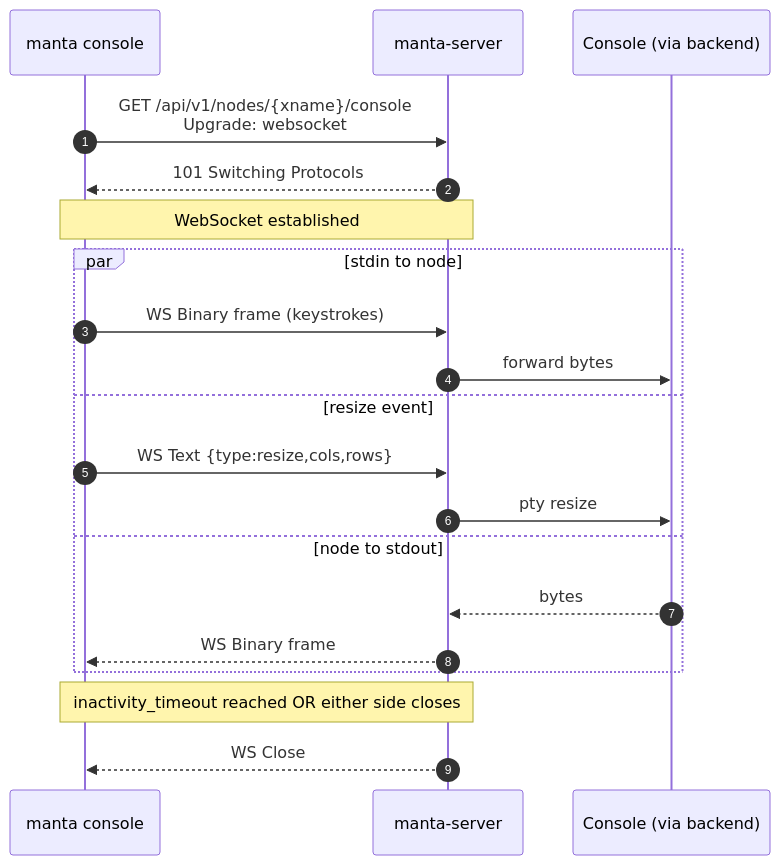
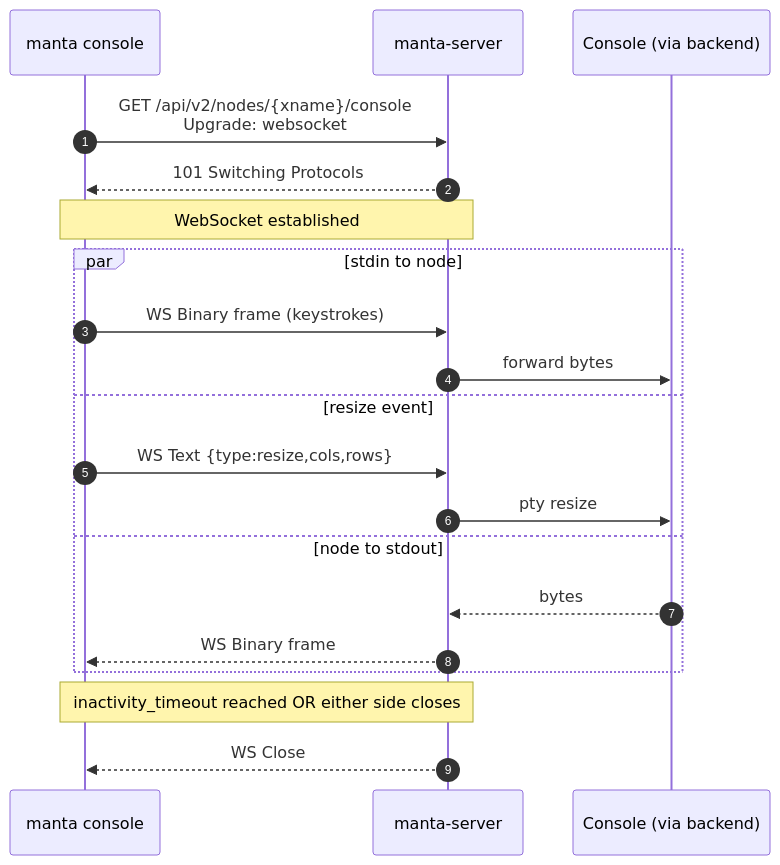
One commit to eth-cscs/manta changed the third of 4 diagrams in GUIDE.md. Above: the diagram before and after it, drawn with Mermaid. The commit also changed other lines of this file and 101 other files, not shown here.

````diff
--- a/GUIDE.md
+++ b/GUIDE.md
@@ -495,25 +495,25 @@
 ```mermaid
 sequenceDiagram
     autonumber
     participant CLI as manta console
     participant MS as manta-server
     participant Node as Console (via backend)
 
-    CLI->>MS: GET /api/v1/nodes/{xname}/console<br/>Upgrade: websocket
+    CLI->>MS: GET /api/v2/nodes/{xname}/console<br/>Upgrade: websocket
     MS-->>CLI: 101 Switching Protocols
     Note over CLI,MS: WebSocket established
 
     par stdin to node
         CLI->>MS: WS Binary frame (keystrokes)
         MS->>Node: forward bytes
     and resize event
         CLI->>MS: WS Text {type:resize,cols,rows}
         MS->>Node: pty resize
     and node to stdout
         Node-->>MS: bytes
         MS-->>CLI: WS Binary frame
     end
 
     Note over CLI,MS: inactivity_timeout reached OR either side closes
     MS-->>CLI: WS Close
 ```
````
